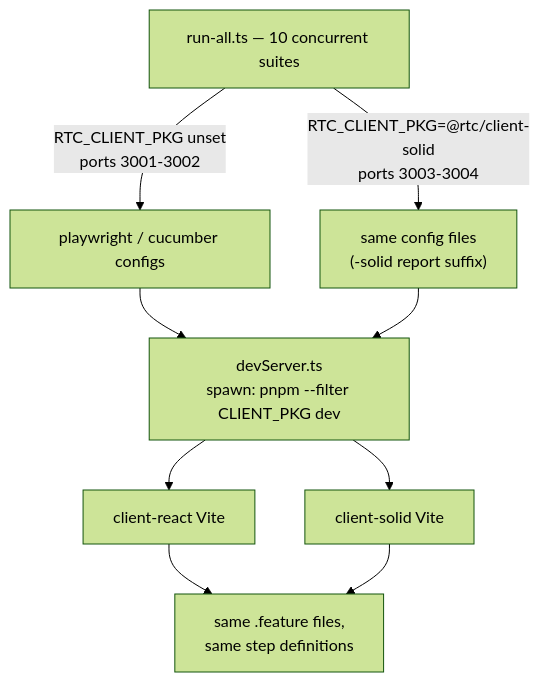
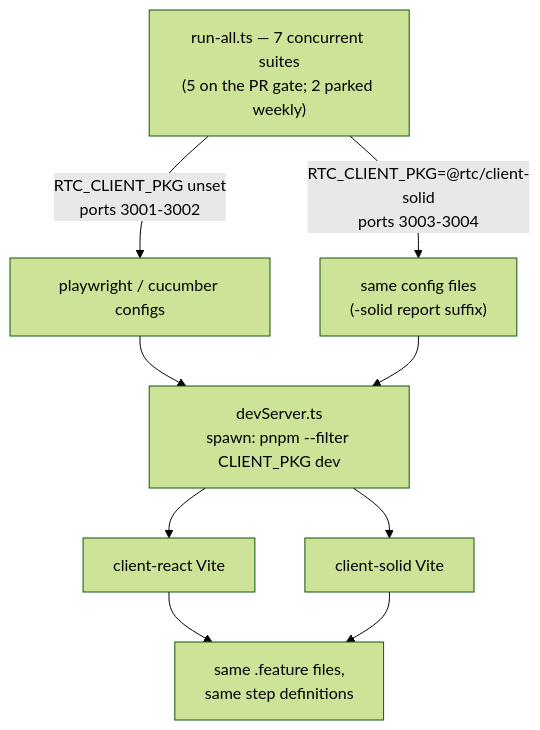
The fourth of 4 diagrams in docs/architecture/21-cross-framework-testing.md (bettersoftware-io/ReactiveTraderCloudClone), drawn with Mermaid (forest theme) before and after one commit. The commit also changed other lines of this file and 8 other files, not shown here.

````diff
--- a/docs/architecture/21-cross-framework-testing.md
+++ b/docs/architecture/21-cross-framework-testing.md
@@ -329,12 +335,12 @@
 ```mermaid
 flowchart TB
-    RA["run-all.ts — 10 concurrent suites"]
+    RA["run-all.ts — 7 concurrent suites<br/>(5 on the PR gate; 2 parked weekly)"]
     RA -- "RTC_CLIENT_PKG unset<br/>ports 3001-3002" --> PWR["playwright / cucumber configs"]
     RA -- "RTC_CLIENT_PKG=@rtc/client-solid<br/>ports 3003-3004" --> PWS["same config files<br/>(-solid report suffix)"]
     PWR --> DS["devServer.ts<br/>spawn: pnpm --filter CLIENT_PKG dev"]
     PWS --> DS
     DS --> APPR["client-react Vite"]
     DS --> APPS["client-solid Vite"]
     APPR --> FEATS["same .feature files,<br/>same step definitions"]
     APPS --> FEATS
 ```
````
